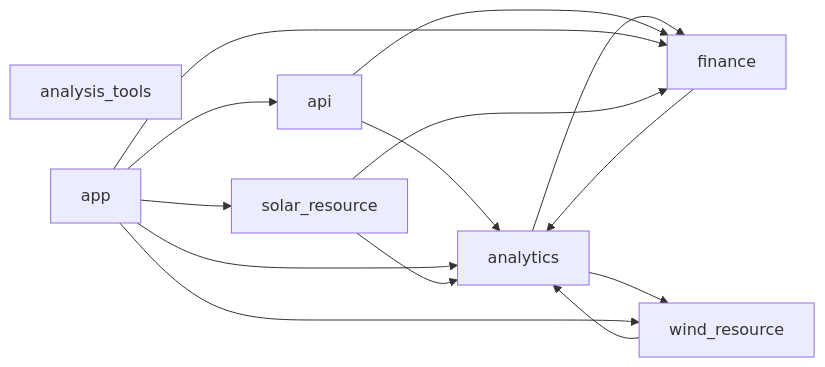
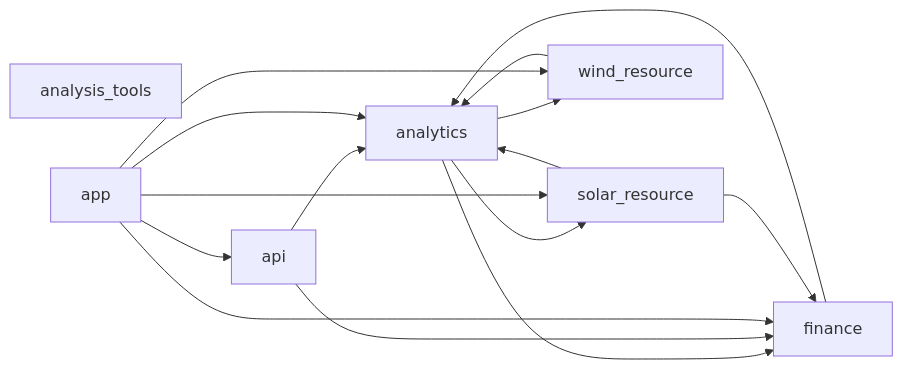
One commit to arunakulat/dutchbay-epc-model changed the diagram in docs/architecture_import_graph.mmd. Above: the diagram before and after it, drawn with Mermaid. The commit also changed 19 other files, not shown here.

```diff
--- a/docs/architecture_import_graph.mmd
+++ b/docs/architecture_import_graph.mmd
@@ -1,24 +1,25 @@
 %% AUTO-GENERATED by scripts/gen_architecture_diagram.py — do not edit by hand.
 %% Regenerate with: python scripts/gen_architecture_diagram.py
 %% Each edge A --> B means a module in package A imports package B.
 flowchart LR
     analysis_tools[analysis_tools]
     analytics[analytics]
     api[api]
     app[app]
     finance[finance]
     solar_resource[solar_resource]
     wind_resource[wind_resource]
     analytics --> finance
+    analytics --> solar_resource
     analytics --> wind_resource
     api --> analytics
     api --> finance
     app --> analytics
     app --> api
     app --> finance
     app --> solar_resource
     app --> wind_resource
     finance --> analytics
     solar_resource --> analytics
     solar_resource --> finance
     wind_resource --> analytics
```
